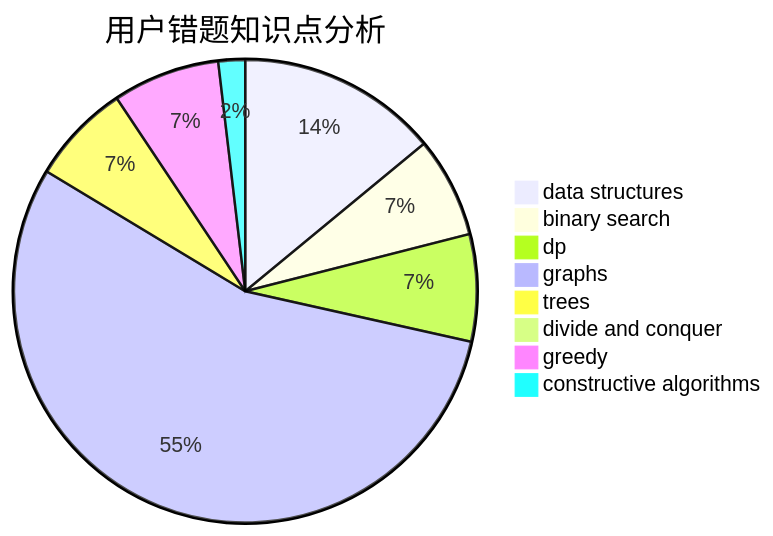
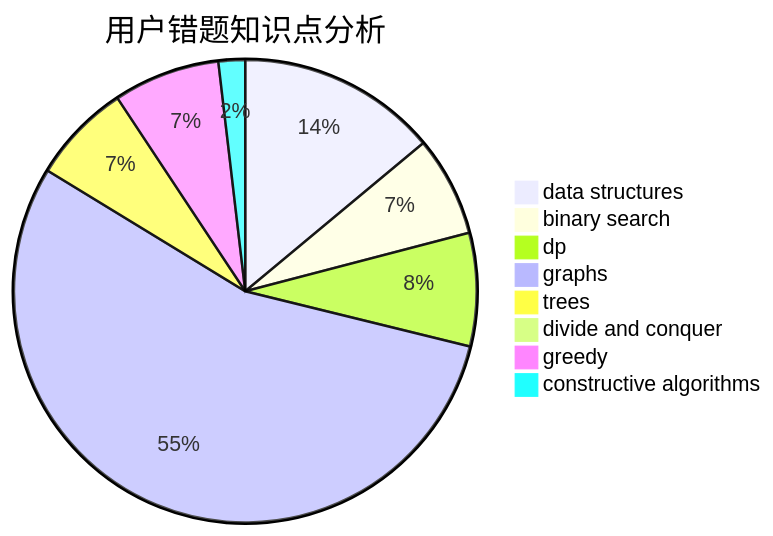
One commit to sherpahu/cfrs.github.io changed the third of 3 diagrams in docs/user/u850.md. Above: the diagram before and after it, drawn with Mermaid. The commit also changed other lines of this file and 2770 other files, not shown here.

````diff
--- a/docs/user/u850.md
+++ b/docs/user/u850.md
@@ -36,11 +36,11 @@
 ```mermaid
 pie title 用户错题知识点分析
     "data structures" :  30
     "binary search" :  15
-    "dp" :  16
+    "dp" :  17
     "graphs" :  118
     "trees" :  15
     "divide and conquer" :  0
     "greedy" :  16
     "constructive algorithms" :  4
 ```
````
